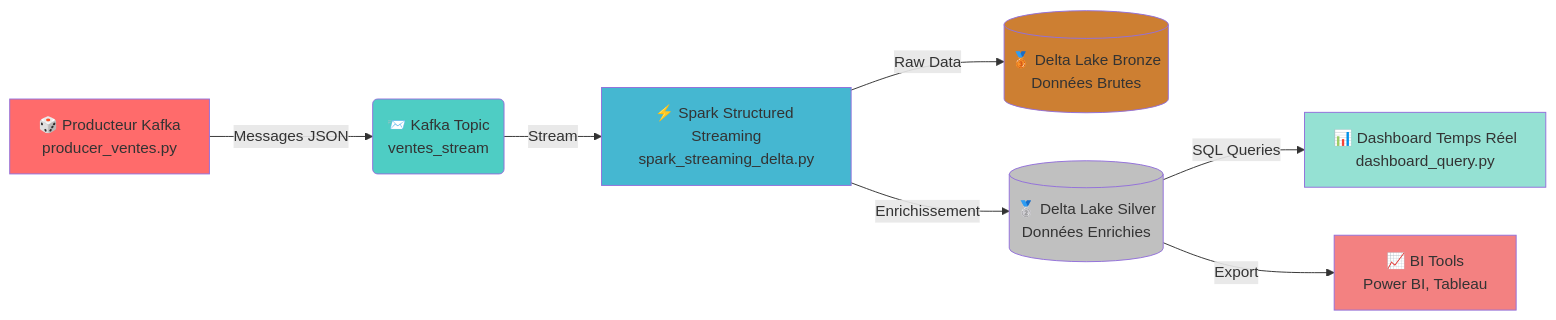
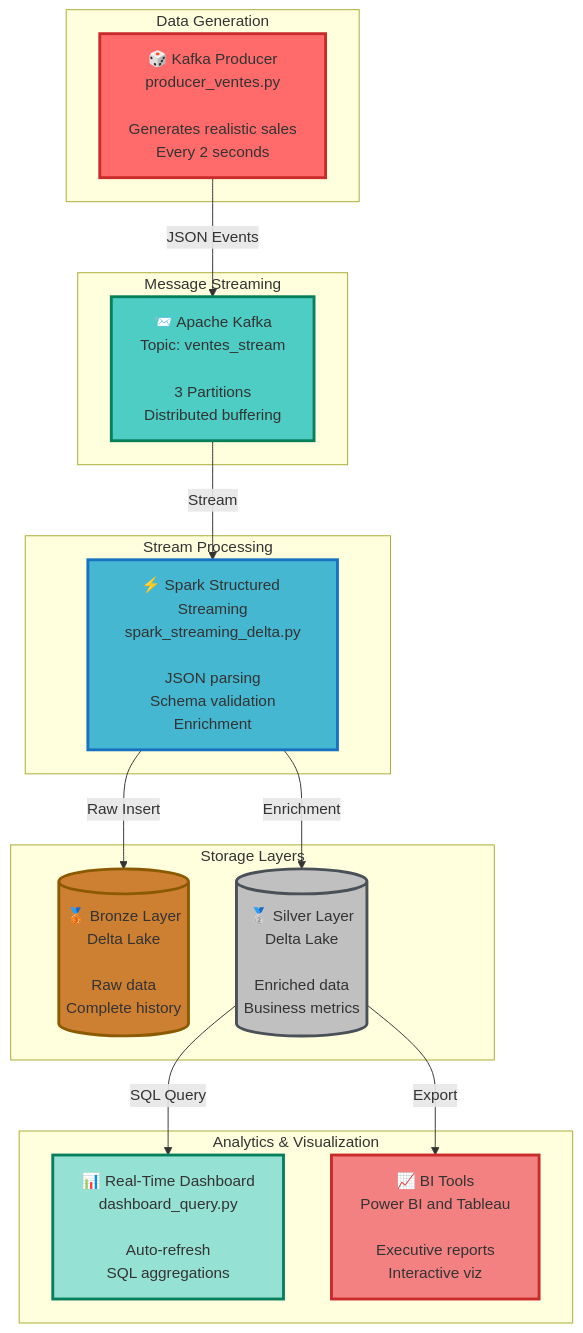
The diagram in readme.md (ImenBenAmar/Streaming-de-Ventes-en-Temps-R-el-), drawn with Mermaid before and after one commit. The commit also changed other lines of this file, not shown here.

````diff
--- a/readme.md
+++ b/readme.md
@@ -45,17 +97,39 @@
 ```mermaid
-graph LR
-    A[🎲 Producteur Kafka<br/>producer_ventes.py] -->|Messages JSON| B(📨 Kafka Topic<br/>ventes_stream)
-    B -->|Stream| C[⚡ Spark Structured Streaming<br/>spark_streaming_delta.py]
-    C -->|Raw Data| D[(🥉 Delta Lake Bronze<br/>Données Brutes)]
-    C -->|Enrichissement| E[(🥈 Delta Lake Silver<br/>Données Enrichies)]
-    E -->|SQL Queries| F[📊 Dashboard Temps Réel<br/>dashboard_query.py]
-    E -->|Export| G[📈 BI Tools<br/>Power BI, Tableau]
+graph TB
+    subgraph "Data Generation"
+        PROD[🎲 Kafka Producer<br/>producer_ventes.py<br/><br/>Generates realistic sales<br/>Every 2 seconds]
+    end
     
-    style A fill:#ff6b6b
-    style B fill:#4ecdc4
-    style C fill:#45b7d1
-    style D fill:#cd7f32
-    style E fill:#c0c0c0
-    style F fill:#95e1d3
-    style G fill:#f38181
+    subgraph "Message Streaming"
+        KAFKA[📨 Apache Kafka<br/>Topic: ventes_stream<br/><br/>3 Partitions<br/>Distributed buffering]
+    end
+    
+    subgraph "Stream Processing"
+        SPARK[⚡ Spark Structured Streaming<br/>spark_streaming_delta.py<br/><br/>JSON parsing<br/>Schema validation<br/>Enrichment]
+    end
+    
+    subgraph "Storage Layers"
+        BRONZE[(🥉 Bronze Layer<br/>Delta Lake<br/><br/>Raw data<br/>Complete history)]
+        SILVER[(🥈 Silver Layer<br/>Delta Lake<br/><br/>Enriched data<br/>Business metrics)]
+    end
+    
+    subgraph "Analytics & Visualization"
+        DASH[📊 Real-Time Dashboard<br/>dashboard_query.py<br/><br/>Auto-refresh<br/>SQL aggregations]
+        BI[📈 BI Tools<br/>Power BI and Tableau<br/><br/>Executive reports<br/>Interactive viz]
+    end
+    
+    PROD -->|JSON Events| KAFKA
+    KAFKA -->|Stream| SPARK
+    SPARK -->|Raw Insert| BRONZE
+    SPARK -->|Enrichment| SILVER
+    SILVER -->|SQL Query| DASH
+    SILVER -->|Export| BI
+    
+    style PROD fill:#ff6b6b,stroke:#c92a2a,stroke-width:3px
+    style KAFKA fill:#4ecdc4,stroke:#087f5b,stroke-width:3px
+    style SPARK fill:#45b7d1,stroke:#1971c2,stroke-width:3px
+    style BRONZE fill:#cd7f32,stroke:#8b5a00,stroke-width:3px
+    style SILVER fill:#c0c0c0,stroke:#495057,stroke-width:3px
+    style DASH fill:#95e1d3,stroke:#087f5b,stroke-width:3px
+    style BI fill:#f38181,stroke:#c92a2a,stroke-width:3px
 ```
````
